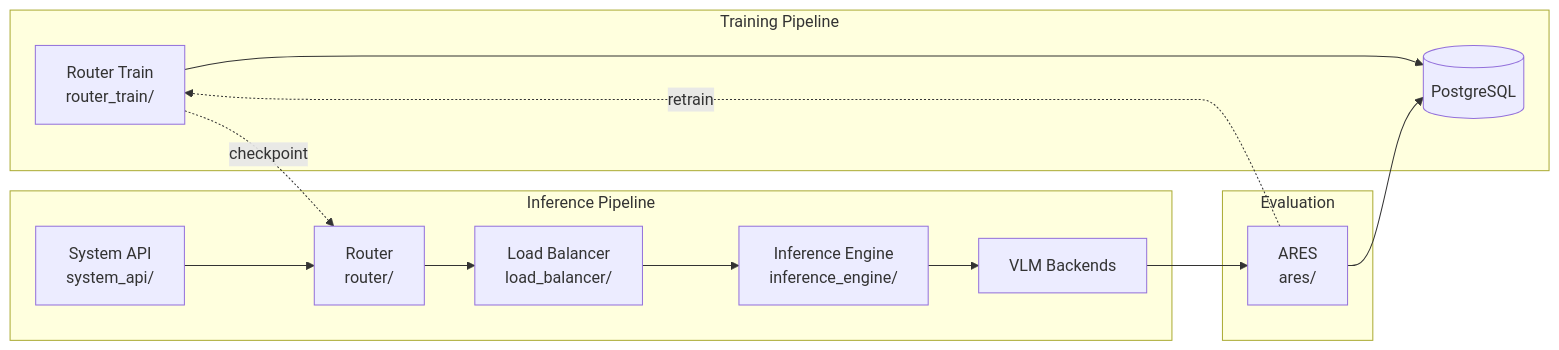
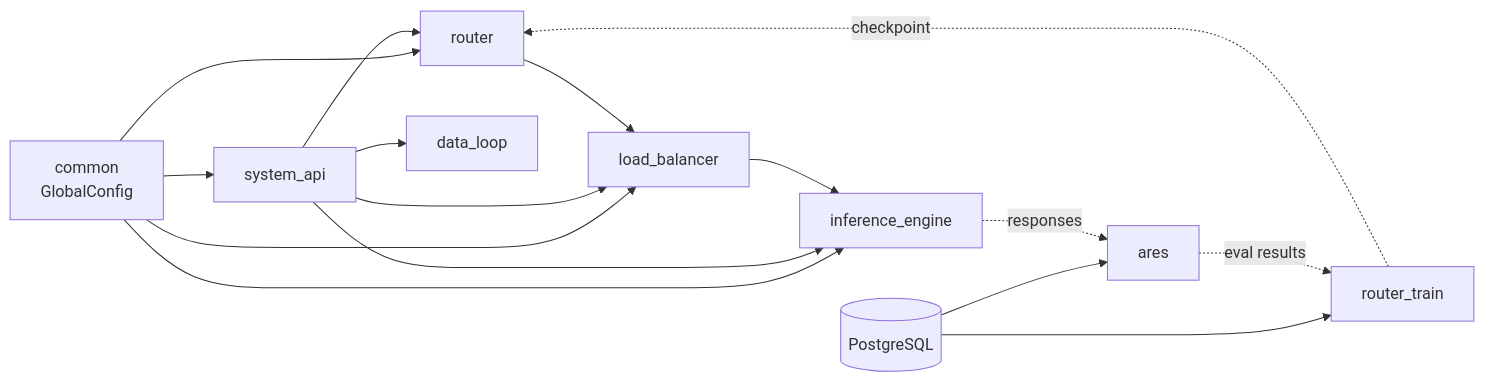
The third of 3 diagrams in docs/human/ARCHITECTURE.md (Vedaang-Chopra/Which_VLM_Router), drawn with Mermaid before and after one commit. The commit also changed other lines of this file and 3 other files, not shown here.

First line of the commit message:
pi: Phase 2C — human overview + architecture docs, project map updated

````diff
--- a/docs/human/ARCHITECTURE.md
+++ b/docs/human/ARCHITECTURE.md
@@ -116,29 +106,21 @@
 ```mermaid
 graph LR
-    subgraph Training ["Training Pipeline"]
-        DB1[("PostgreSQL")]
-        RT[Router Train<br/>router_train/]
-        RT --> DB1
-    end
+    Common[common<br/>GlobalConfig] --> SA[system_api]
+    Common --> R[router]
+    Common --> LB[load_balancer]
+    Common --> IE[inference_engine]
 
-    subgraph Inference ["Inference Pipeline"]
-        SR[System API<br/>system_api/]
-        R[Router<br/>router/]
-        LB[Load Balancer<br/>load_balancer/]
-        IE[Inference Engine<br/>inference_engine/]
-        V[VLM Backends]
-    end
+    SA --> R
+    SA --> LB
+    SA --> IE
+    SA --> DL[data_loop]
 
-    subgraph Evaluation ["Evaluation"]
-        Eval[ARES<br/>ares/]
-        Eval --> DB1
-    end
-
-    SR --> R
     R --> LB
     LB --> IE
-    IE --> V
-    V --> Eval
-    Eval -. "retrain" .-> RT
+
+    DB[(PostgreSQL)] --> RT[router_train]
+    DB --> Eval[ares]
     RT -. "checkpoint" .-> R
+    Eval -. "eval results" .-> RT
+    IE -. "responses" .-> Eval
 ```
````
